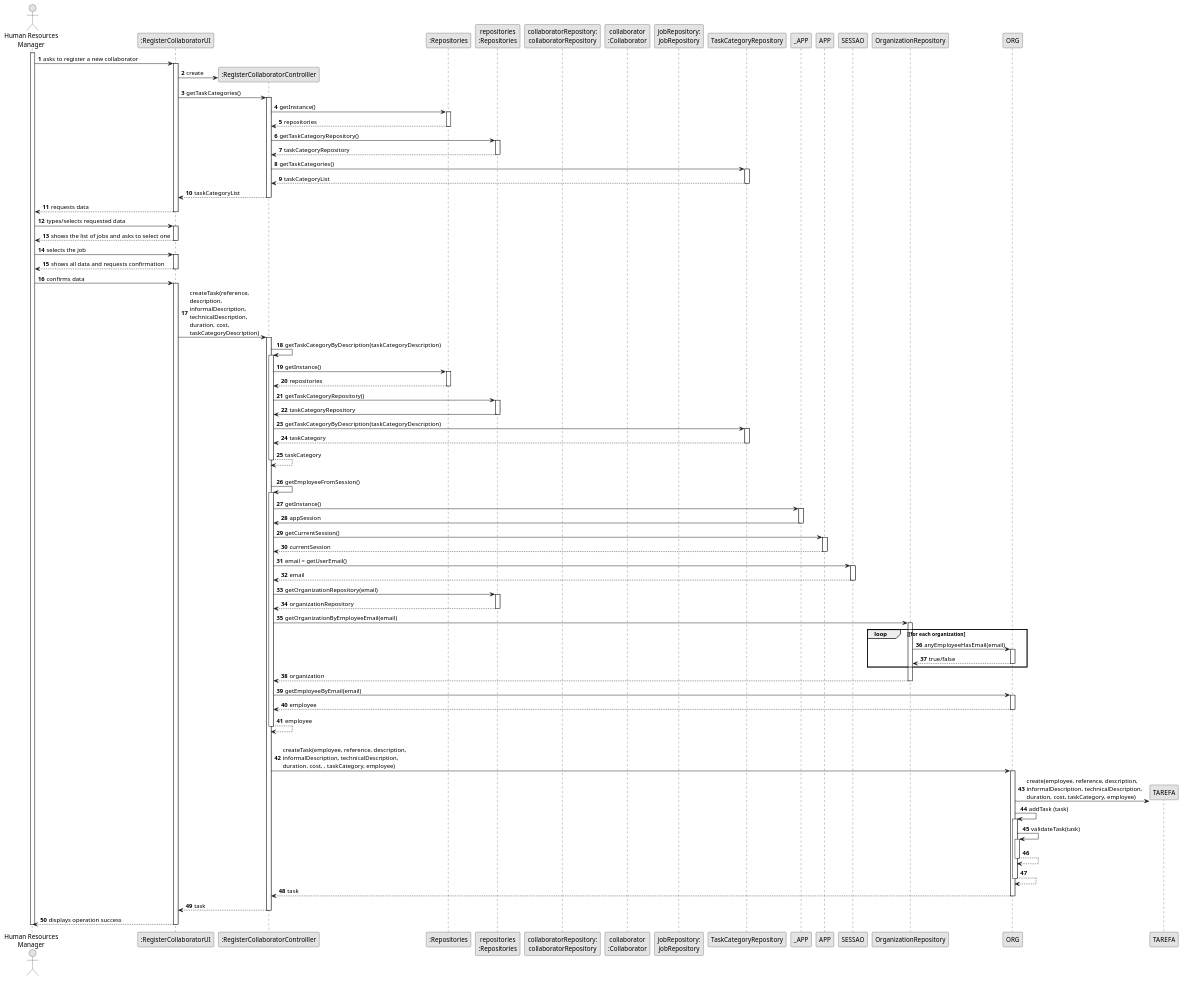
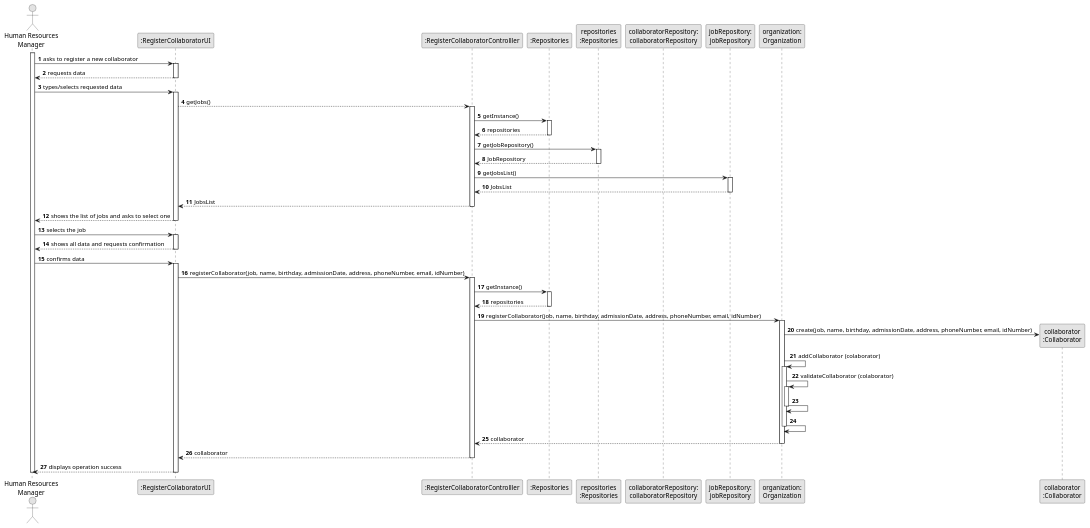
The diagram in docs/sprintA&B/us003/03.design/puml/us003-sequence-diagram-full.puml (daniel41silva05/ISEP_2023_2024_LAPR2), drawn with PlantUML before and after one commit. The commit also changed 1 other file, not shown here.

```diff
--- a/docs/sprintA&B/us003/03.design/puml/us003-sequence-diagram-full.puml
+++ b/docs/sprintA&B/us003/03.design/puml/us003-sequence-diagram-full.puml
@@ -1,176 +1,103 @@
 @startuml
 skinparam monochrome true
 skinparam packageStyle rectangle
 skinparam shadowing false
 
 autonumber
 
 'hide footbox
 actor "Human Resources\nManager" as HRM
 participant ":RegisterCollaboratorUI" as UI
 participant ":RegisterCollaboratorControlller" as CTRL
-participant ":Repositories" as RepositorySingleton
-participant "repositories\n:Repositories" as PLAT
+participant ":Repositories" as REP
+participant "repositories\n:Repositories" as REPS
 participant "collaboratorRepository:\ncollaboratorRepository" as collaboratorRepository
+participant "jobRepository:\njobRepository" as jobRepository
+participant "organization:\nOrganization" as organization
 participant "collaborator\n:Collaborator" as COLLABORATOR
-participant "jobRepository:\njobRepository" as jobRepository
 
 activate HRM
 
-        HRM -> UI : asks to register a new collaborator
+    HRM -> UI : asks to register a new collaborator
+    activate UI
 
-        activate UI
-
-'            UI --> ADM : requests data (reference, description,  informal \n description, technical description, duration, cost)
-            'create CTRL
-            UI -> CTRL** : create
-
-            UI -> CTRL : getTaskCategories()
-            activate CTRL
-
-                CTRL -> RepositorySingleton : getInstance()
-                activate RepositorySingleton
-
-                    RepositorySingleton --> CTRL: repositories
-                deactivate RepositorySingleton
-
-                CTRL -> PLAT : getTaskCategoryRepository()
-                activate PLAT
-
-                    PLAT --> CTRL: taskCategoryRepository
-                deactivate PLAT
-
-                CTRL -> TaskCategoryRepository : getTaskCategories()
-                activate TaskCategoryRepository
-
-                    TaskCategoryRepository --> CTRL : taskCategoryList
-                deactivate TaskCategoryRepository
-
-                CTRL --> UI : taskCategoryList
-            deactivate CTRL
-
-            UI --> HRM : requests data
-        deactivate UI
+    UI --> HRM : requests data
+    deactivate UI
 
     HRM -> UI : types/selects requested data
     activate UI
 
-        UI --> HRM : shows the list of jobs and asks to select one
+        UI --> CTRL : getJobs()
+        activate CTRL
+
+            CTRL -> REP : getInstance()
+            activate REP
+
+            REP --> CTRL: repositories
+            deactivate REP
+
+            CTRL -> REPS : getJobRepository()
+            activate REPS
+
+            REPS --> CTRL: JobRepository
+            deactivate REPS
+
+            CTRL -> jobRepository: getJobsList()
+            activate jobRepository
+
+            jobRepository --> CTRL : JobsList
+            deactivate jobRepository
+
+            CTRL --> UI : JobsList
+            deactivate CTRL
+
+    UI --> HRM : shows the list of jobs and asks to select one
     deactivate UI
 
     HRM -> UI : selects the job
     activate UI
 
-        UI --> HRM : shows all data and requests confirmation
+    UI --> HRM : shows all data and requests confirmation
     deactivate UI
 
     HRM -> UI : confirms data
     activate UI
 
-        UI -> CTRL : createTask(reference,\ndescription,\ninformalDescription,\ntechnicalDescription,\nduration, cost,\ntaskCategoryDescription)
+        UI -> CTRL: registerCollaborator(job, name, birthday, admissionDate, address, phoneNumber, email, idNumber)
         activate CTRL
 
-            CTRL -> CTRL : getTaskCategoryByDescription(taskCategoryDescription)
-            activate CTRL
+            CTRL -> REP: getInstance()
+            activate REP
 
-                CTRL -> RepositorySingleton : getInstance()
-                activate RepositorySingleton
+            REP --> CTRL: repositories
+            deactivate REP
 
-                    RepositorySingleton --> CTRL: repositories
-                deactivate RepositorySingleton
+            CTRL -> organization: registerCollaborator(job, name, birthday, admissionDate, address, phoneNumber, email, idNumber)
+            activate organization
 
-                CTRL -> PLAT : getTaskCategoryRepository()
-                activate PLAT
+                organization -> COLLABORATOR** : create(job, name, birthday, admissionDate, address, phoneNumber, email, idNumber)
 
-                    PLAT -> CTRL : taskCategoryRepository
-                deactivate PLAT
+                organization -> organization: addCollaborator (colaborator)
+                activate organization
 
-                CTRL -> TaskCategoryRepository : getTaskCategoryByDescription(taskCategoryDescription)
-                activate TaskCategoryRepository
+                organization -> organization: validateCollaborator (colaborator)
+                activate organization
 
-                    TaskCategoryRepository --> CTRL : taskCategory
-                deactivate TaskCategoryRepository
-                    CTRL --> CTRL : taskCategory
-            deactivate CTRL
+                organization -> organization
+                deactivate organization
 
-            |||
-            CTRL -> CTRL : getEmployeeFromSession()
-            activate CTRL
+                organization -> organization
+                deactivate organization
 
-                CTRL -> _APP: getInstance()
-                activate _APP
-                    _APP -> CTRL: appSession
-                deactivate _APP
+            organization --> CTRL: collaborator
+            deactivate organization
 
+        CTRL --> UI: collaborator
+        deactivate CTRL
 
-                CTRL -> APP: getCurrentSession()
-                activate APP
-
-                    APP --> CTRL: currentSession
-                deactivate APP
-
-                CTRL -> SESSAO: email = getUserEmail()
-                activate SESSAO
-
-                    SESSAO --> CTRL: email
-                deactivate SESSAO
-
-
-                CTRL -> PLAT: getOrganizationRepository(email)
-                activate PLAT
-
-                    PLAT --> CTRL: organizationRepository
-                deactivate PLAT
-
-
-                CTRL -> OrganizationRepository: getOrganizationByEmployeeEmail(email)
-                activate OrganizationRepository
-
-                    loop [for each organization
-                        OrganizationRepository -> ORG : anyEmployeeHasEmail(email)
-                        activate ORG
-
-                             ORG --> OrganizationRepository : true/false
-                        deactivate ORG
-                    end
-                    OrganizationRepository --> CTRL : organization
-                deactivate OrganizationRepository
-
-                CTRL -> ORG: getEmployeeByEmail(email)
-                activate ORG
-
-                    ORG --> CTRL : employee
-                deactivate ORG
-
-                CTRL --> CTRL : employee
-            deactivate CTRL
-
-            |||
-            CTRL -> ORG: createTask(employee, reference, description,\ninformalDescription, technicalDescription,\nduration, cost, , taskCategory, employee)
-            activate ORG
-
-                ORG -> TAREFA**: create(employee, reference, description,\ninformalDescription, technicalDescription,\nduration, cost, taskCategory, employee)
-                ORG -> ORG: addTask (task)
-
-
-                activate ORG
-                    ORG -> ORG: validateTask(task)
-                    activate ORG
-                        ORG --> ORG
-                    deactivate ORG
-
-                    ORG --> ORG
-                deactivate ORG
-
-                ORG --> CTRL : task
-
-            deactivate ORG
-
-            CTRL --> UI: task
-            deactivate CTRL
-            UI --> HRM: displays operation success
+    UI --> HRM: displays operation success
     deactivate UI
 
 deactivate HRM
 
 @enduml
```
